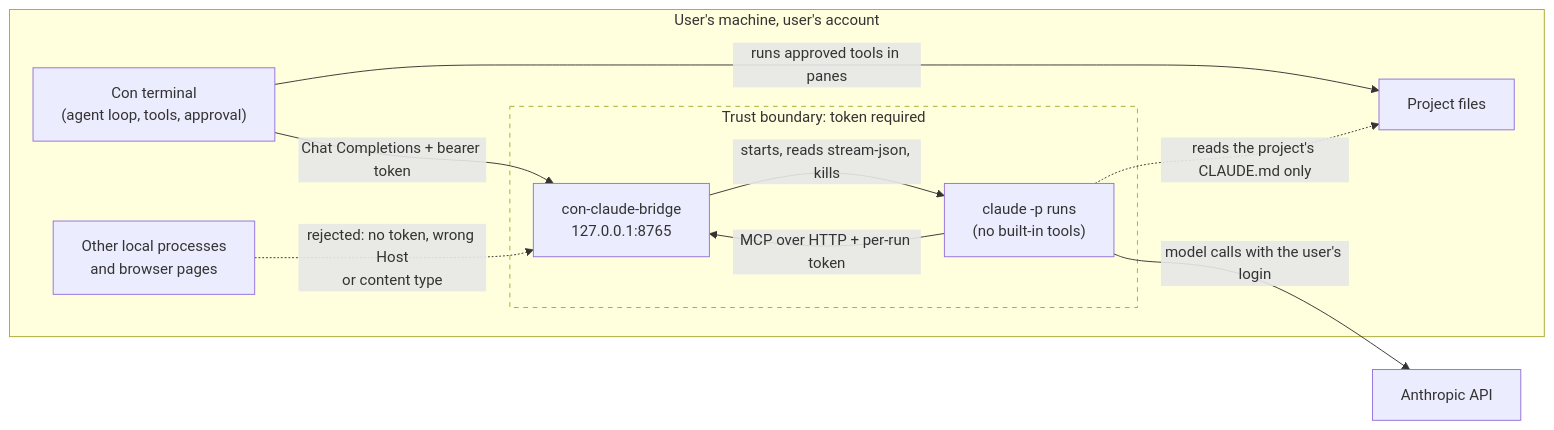
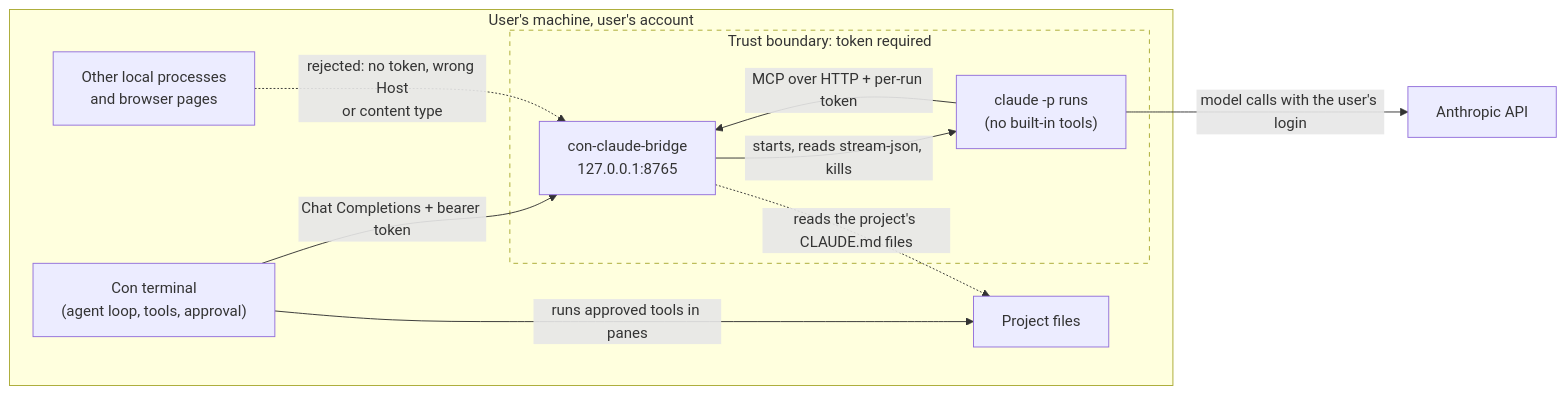
One commit to Towerism/con-claude-bridge changed the first of 3 diagrams in docs/architecture.md. Above: the diagram before and after it, drawn with Mermaid. The commit also changed other lines of this file and 6 other files, not shown here.

````diff
--- a/docs/architecture.md
+++ b/docs/architecture.md
@@ -70,22 +70,22 @@
 ```mermaid
 flowchart LR
     subgraph user["User's machine, user's account"]
         Con["Con terminal<br/>(agent loop, tools, approval)"]
         subgraph trusted["Trust boundary: token required"]
             Bridge["con-claude-bridge<br/>127.0.0.1:8765"]
             Claude["claude -p runs<br/>(no built-in tools)"]
         end
         Other["Other local processes<br/>and browser pages"]
         Files["Project files"]
     end
     API["Anthropic API"]
 
     Con -- "Chat Completions + bearer token" --> Bridge
     Bridge -- "starts, reads stream-json, kills" --> Claude
     Claude -- "MCP over HTTP + per-run token" --> Bridge
     Claude -- "model calls with the user's login" --> API
     Con -- "runs approved tools in panes" --> Files
-    Claude -. "reads the project's CLAUDE.md only" .-> Files
+    Bridge -. "reads the project's CLAUDE.md files" .-> Files
     Other -. "rejected: no token, wrong Host<br/>or content type" .-> Bridge
     style trusted stroke-dasharray: 5 5
 ```
````
